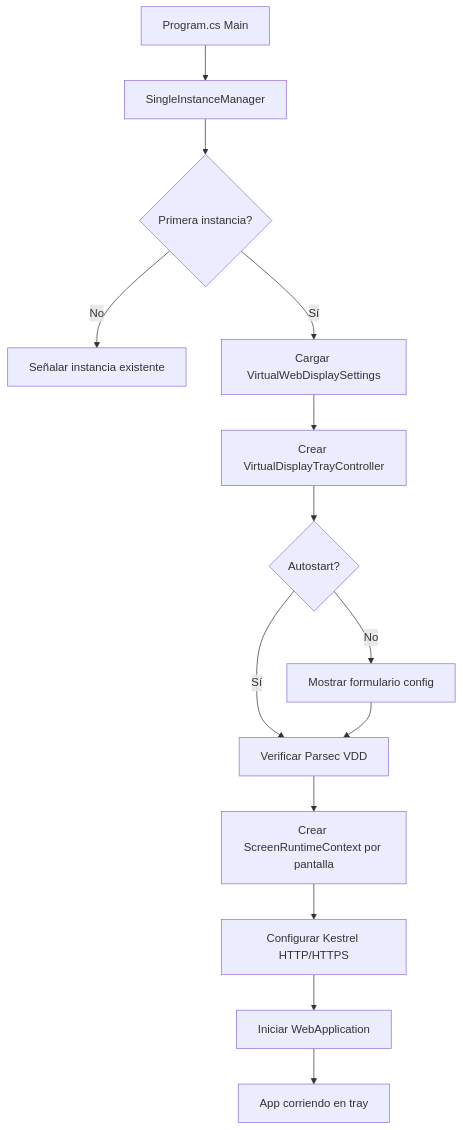
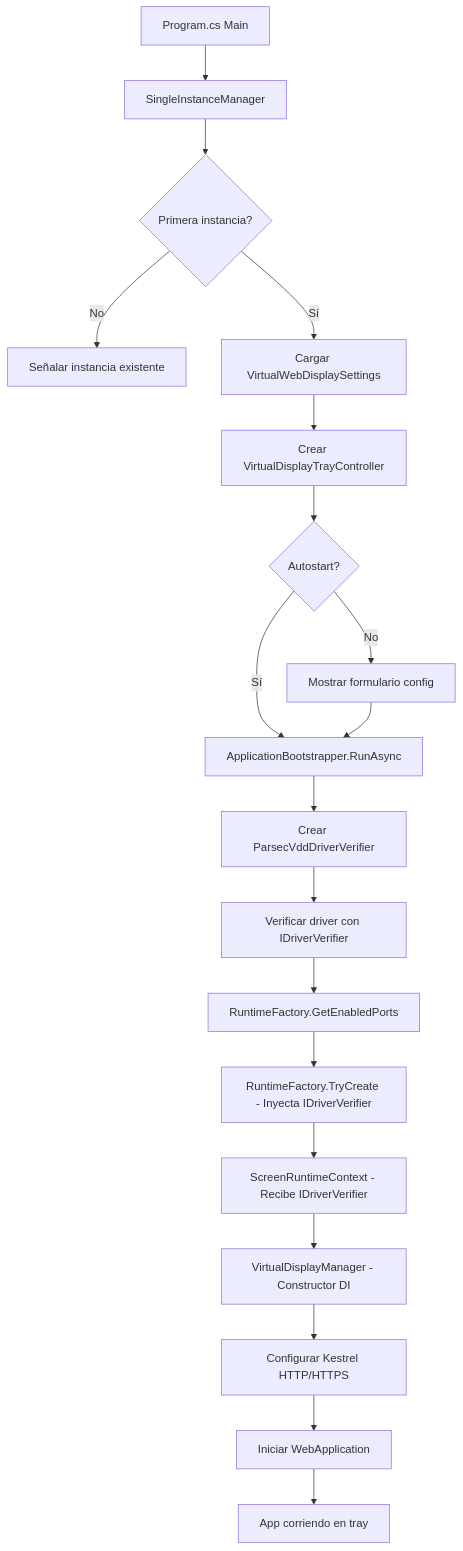
One commit to quiro90/VirtualWebDisplay changed the diagram in AGENT.md. Above: the diagram before and after it, drawn with Mermaid. The commit also changed other lines of this file and 2 other files, not shown here.

````diff
--- a/AGENT.md
+++ b/AGENT.md
@@ -95,16 +107,21 @@
 ```mermaid
 graph TD
     A[Program.cs Main] --> B[SingleInstanceManager]
     B --> C{Primera instancia?}
     C -->|No| D[Señalar instancia existente]
     C -->|Sí| E[Cargar VirtualWebDisplaySettings]
     E --> F[Crear VirtualDisplayTrayController]
     F --> G{Autostart?}
     G -->|No| H[Mostrar formulario config]
-    G -->|Sí| I[Verificar Parsec VDD]
+    G -->|Sí| I[ApplicationBootstrapper.RunAsync]
     H --> I
-    I --> J[Crear ScreenRuntimeContext por pantalla]
-    J --> K[Configurar Kestrel HTTP/HTTPS]
-    K --> L[Iniciar WebApplication]
-    L --> M[App corriendo en tray]
+    I --> J[Crear ParsecVddDriverVerifier]
+    J --> K[Verificar driver con IDriverVerifier]
+    K --> L[RuntimeFactory.GetEnabledPorts]
+    L --> M[RuntimeFactory.TryCreate - Inyecta IDriverVerifier]
+    M --> N[ScreenRuntimeContext - Recibe IDriverVerifier]
+    N --> O[VirtualDisplayManager - Constructor DI]
+    O --> P[Configurar Kestrel HTTP/HTTPS]
+    P --> Q[Iniciar WebApplication]
+    Q --> R[App corriendo en tray]
 ```
````
